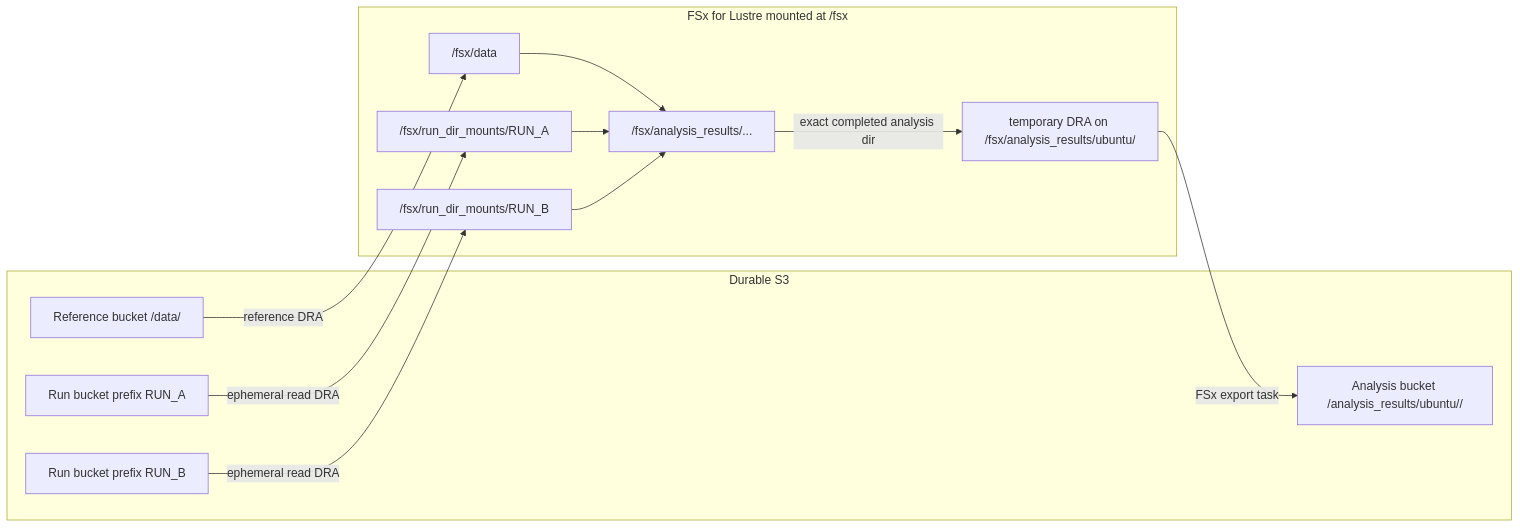
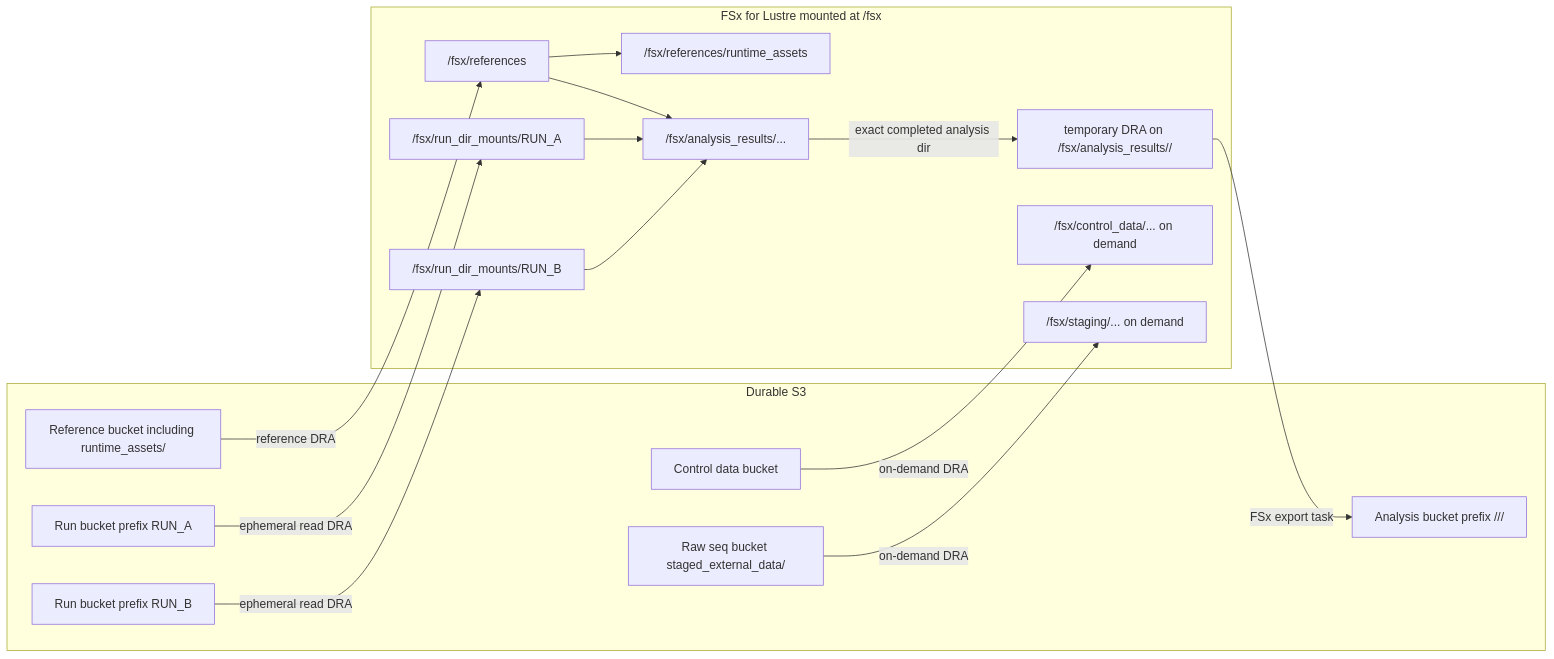
Before and after one commit to Daylily-Informatics/daylily-ephemeral-cluster: the second of 3 diagrams in docs/dra_fsx_strategy.md, drawn with Mermaid. The commit also changed other lines of this file and 557 other files, not shown here.

First line of the commit message:
Implement one-DRA bucket contract (#255)

````diff
--- a/docs/dra_fsx_strategy.md
+++ b/docs/dra_fsx_strategy.md
@@ -48,26 +56,34 @@
 ```mermaid
 flowchart LR
   subgraph S3["Durable S3"]
-    Ref["Reference bucket /data/"]
+    Ref["Reference bucket including runtime_assets/"]
+    Ctrl["Control data bucket"]
+    Stage["Raw seq bucket staged_external_data/"]
     RunA["Run bucket prefix RUN_A"]
     RunB["Run bucket prefix RUN_B"]
-    Analysis["Analysis bucket /analysis_results/ubuntu/<analysis_dir>/"]
+    Analysis["Analysis bucket prefix /<executing_entity>/<analysis_id>/"]
   end
 
   subgraph Lustre["FSx for Lustre mounted at /fsx"]
-    Data["/fsx/data"]
+    Data["/fsx/references"]
+    Assets["/fsx/references/runtime_assets"]
+    Control["/fsx/control_data/... on demand"]
+    Staging["/fsx/staging/... on demand"]
     MntA["/fsx/run_dir_mounts/RUN_A"]
     MntB["/fsx/run_dir_mounts/RUN_B"]
     Results["/fsx/analysis_results/..."]
-    Export["temporary DRA on /fsx/analysis_results/ubuntu/<analysis_dir>"]
+    Export["temporary DRA on /fsx/analysis_results/<executing_entity>/<analysis_id>"]
   end
 
   Ref -->|reference DRA| Data
+  Data --> Assets
+  Ctrl -->|on-demand DRA| Control
+  Stage -->|on-demand DRA| Staging
   RunA -->|ephemeral read DRA| MntA
   RunB -->|ephemeral read DRA| MntB
   Data --> Results
   MntA --> Results
   MntB --> Results
   Results -->|exact completed analysis dir| Export
   Export -->|FSx export task| Analysis
 ```
````
